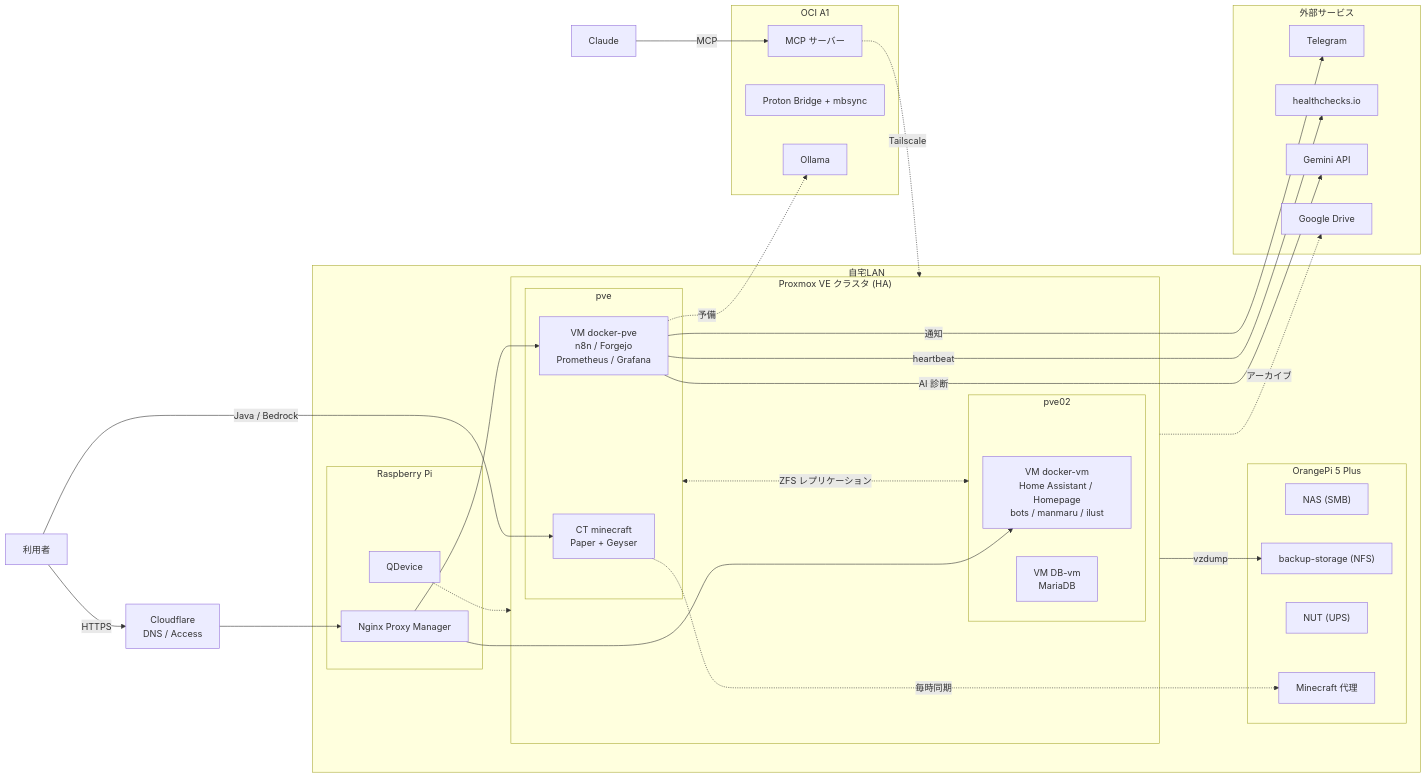
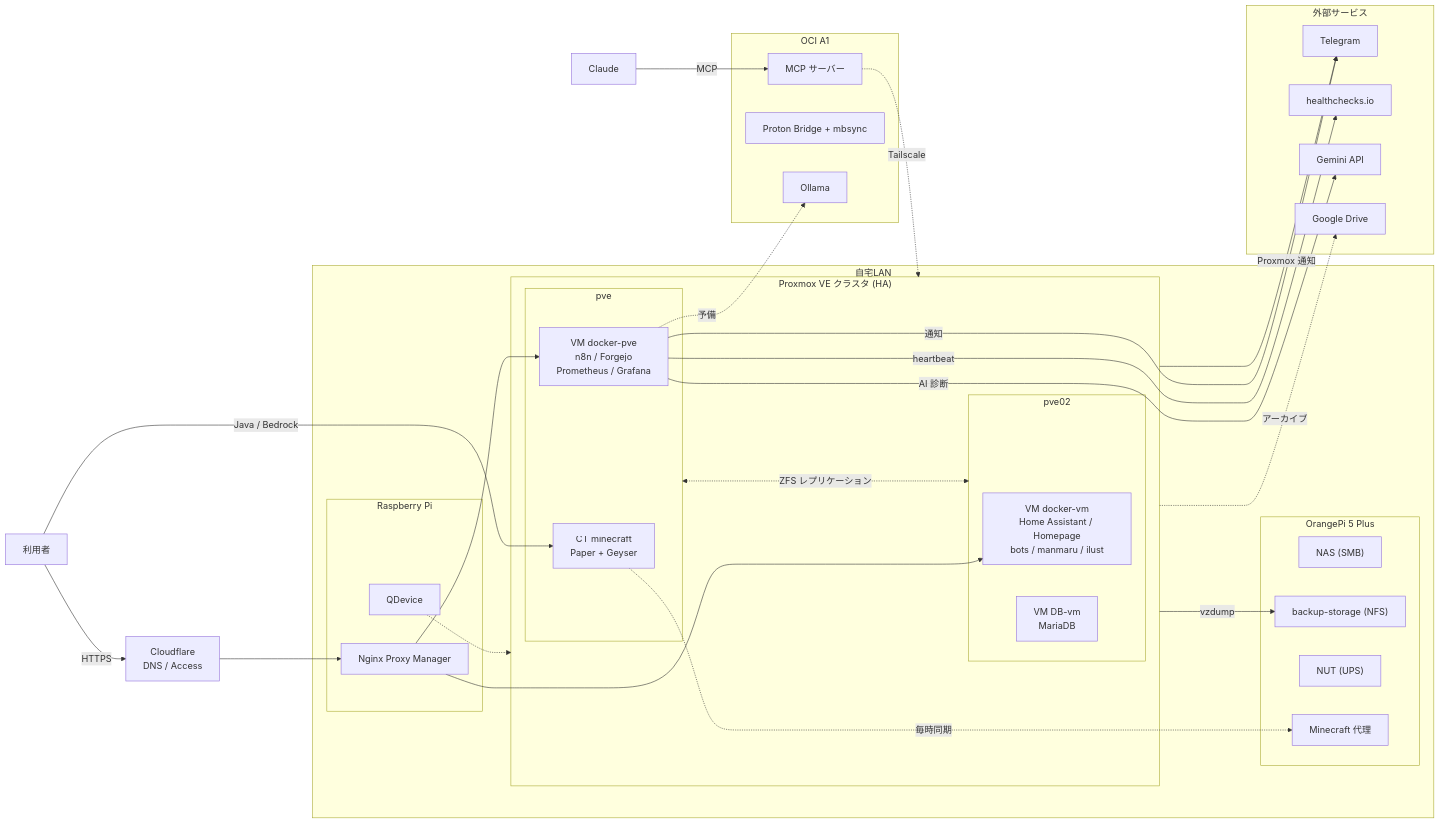
One commit to Leucophyllous/homelab changed the diagram in README.md. Above: the diagram before and after it, drawn with Mermaid. The commit also changed other lines of this file and 1 other file, not shown here.

Commit message:
Update after 2026-09-25 hardening: remove forgejo-runner, document NPM Cloudflare-only, early UPS shutdown, capacity monitoring, Proxmox notifications

````diff
--- a/README.md
+++ b/README.md
@@ -12,56 +12,57 @@
 ```mermaid
 flowchart LR
   user["利用者"] -->|HTTPS| cf["Cloudflare<br>DNS / Access"]
   user -->|Java / Bedrock| mc
   claude["Claude"] -->|MCP| mcp
 
   subgraph home["自宅LAN"]
     subgraph pi["Raspberry Pi"]
       npm["Nginx Proxy Manager"]
       qd["QDevice"]
     end
     subgraph cluster["Proxmox VE クラスタ (HA)"]
       subgraph pve["pve"]
         dpve["VM docker-pve<br>n8n / Forgejo<br>Prometheus / Grafana"]
         mc["CT minecraft<br>Paper + Geyser"]
       end
       subgraph pve02["pve02"]
         dvm["VM docker-vm<br>Home Assistant / Homepage<br>bots / manmaru / ilust"]
         db["VM DB-vm<br>MariaDB"]
       end
     end
     subgraph opi["OrangePi 5 Plus"]
       nas["NAS (SMB)"]
       bs["backup-storage (NFS)"]
       nut["NUT (UPS)"]
       sb["Minecraft 代理"]
     end
   end
 
   subgraph oci["OCI A1"]
     mcp["MCP サーバー"]
     mail["Proton Bridge + mbsync"]
     oll["Ollama"]
   end
 
   subgraph saas["外部サービス"]
     tg["Telegram"]
     hc["healthchecks.io"]
     gem["Gemini API"]
     gd["Google Drive"]
   end
 
   cf --> npm
   npm --> dpve
   npm --> dvm
   qd -.-> cluster
   pve <-.->|ZFS レプリケーション| pve02
   cluster -->|vzdump| bs
   mc -.->|毎時同期| sb
   dpve -->|通知| tg
+  cluster -->|Proxmox 通知| tg
   dpve -->|AI 診断| gem
   dpve -.->|予備| oll
   dpve -->|heartbeat| hc
   cluster -.->|アーカイブ| gd
   mcp -.->|Tailscale| cluster
 ```
````
